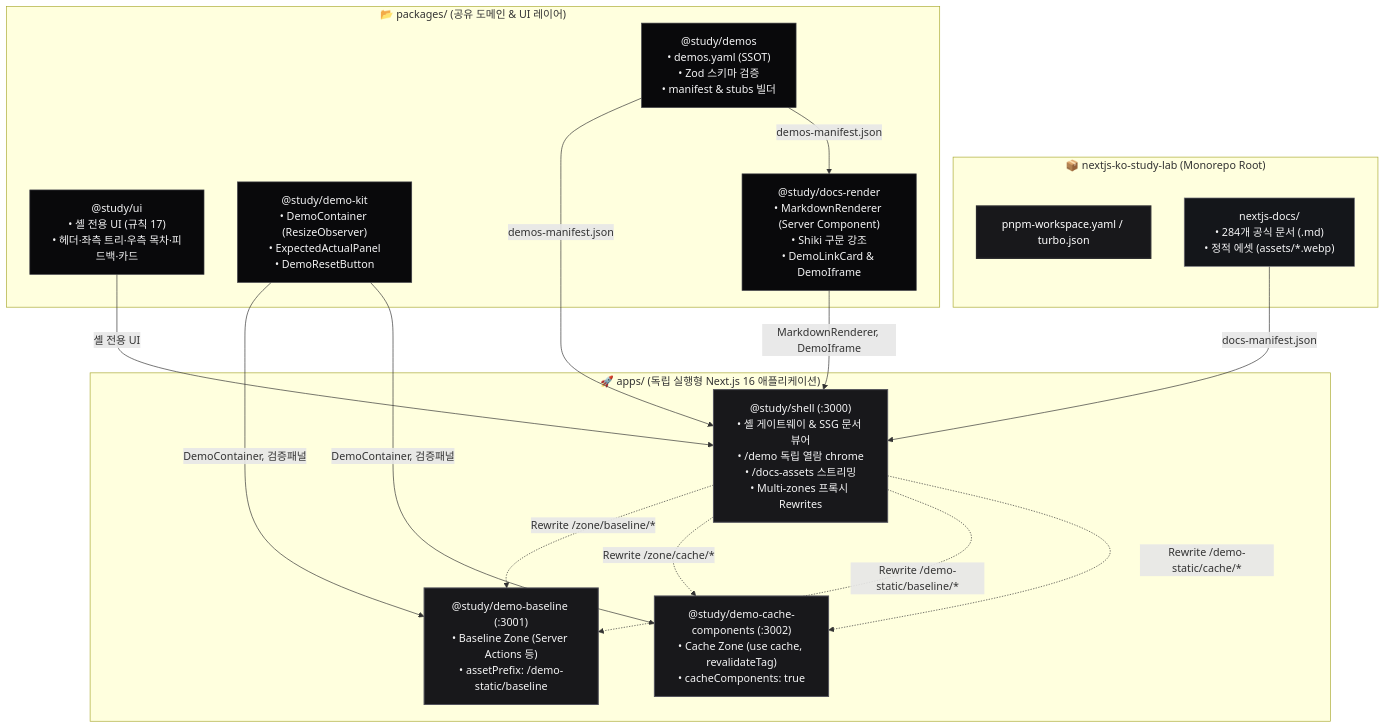
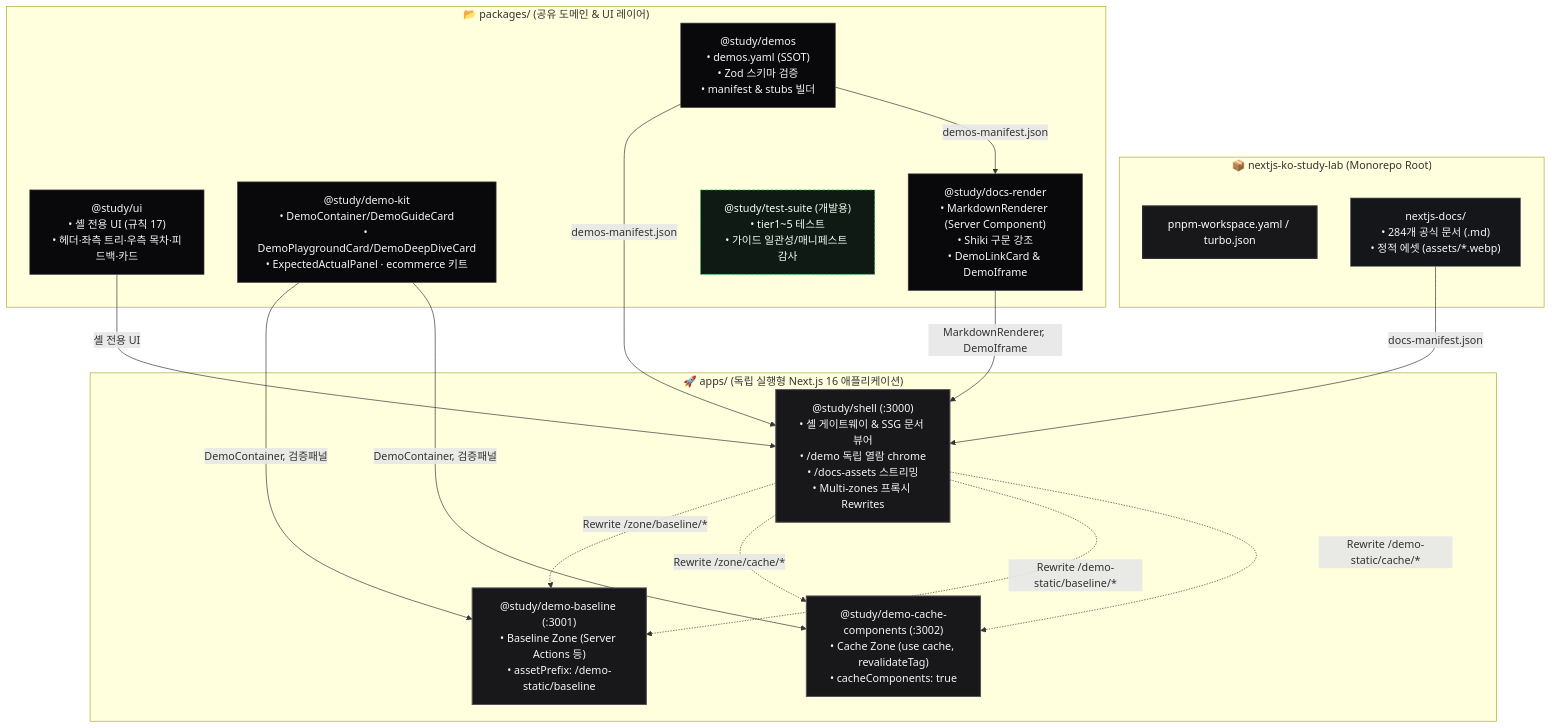
One commit to Junyong34/nextjs-ko-study-lab changed the first of 3 diagrams in nextjs-app/ARCHITECTURE.md. Above: the diagram before and after it, drawn with Mermaid. The commit also changed other lines of this file and 1 other file, not shown here.

First line of the commit message:
[devpark/learning-progress-docs][docs]: ARCHITECTURE.md·07-codebase-deep-dive-guide.md 최신화

````diff
--- a/nextjs-app/ARCHITECTURE.md
+++ b/nextjs-app/ARCHITECTURE.md
@@ -11,40 +11,42 @@
 ```mermaid
 graph TD
     classDef rootStyle fill:#18181b,stroke:#27272a,color:#ffffff,stroke-width:2px;
     classDef pkgStyle fill:#09090b,stroke:#3f3f46,color:#f4f4f5,stroke-width:1px;
     classDef appStyle fill:#18181b,stroke:#52525b,color:#f4f4f5,stroke-width:1.5px;
     classDef docStyle fill:#14161a,stroke:#71717a,color:#f4f4f5,stroke-width:1px;
+    classDef testStyle fill:#0f1a14,stroke:#22c55e,color:#f0fdf4,stroke-width:1px,stroke-dasharray: 4 3;
 
     subgraph RepoRoot ["📦 nextjs-ko-study-lab (Monorepo Root)"]
         Workspace["pnpm-workspace.yaml / turbo.json"]:::rootStyle
         DocsSource["nextjs-docs/<br/>• 284개 공식 문서 (.md)<br/>• 정적 에셋 (assets/*.webp)"]:::docStyle
     end
 
     subgraph Packages ["📂 packages/ (공유 도메인 & UI 레이어)"]
         DemosPkg["@study/demos<br/>• demos.yaml (SSOT)<br/>• Zod 스키마 검증<br/>• manifest & stubs 빌더"]:::pkgStyle
         UIPkg["@study/ui<br/>• 셸 전용 UI (규칙 17)<br/>• 헤더·좌측 트리·우측 목차·피드백·카드"]:::pkgStyle
-        DemoKitPkg["@study/demo-kit<br/>• DemoContainer (ResizeObserver)<br/>• ExpectedActualPanel<br/>• DemoResetButton"]:::pkgStyle
+        DemoKitPkg["@study/demo-kit<br/>• DemoContainer/DemoGuideCard<br/>• DemoPlaygroundCard/DemoDeepDiveCard<br/>• ExpectedActualPanel · ecommerce 키트"]:::pkgStyle
         RenderPkg["@study/docs-render<br/>• MarkdownRenderer (Server Component)<br/>• Shiki 구문 강조<br/>• DemoLinkCard & DemoIframe"]:::pkgStyle
+        TestSuitePkg["@study/test-suite (개발용)<br/>• tier1~5 테스트<br/>• 가이드 일관성/매니페스트 감사"]:::testStyle
     end
 
     subgraph Apps ["🚀 apps/ (독립 실행형 Next.js 16 애플리케이션)"]
         ShellApp["@study/shell (:3000)<br/>• 셸 게이트웨이 & SSG 문서 뷰어<br/>• /demo 독립 열람 chrome<br/>• /docs-assets 스트리밍<br/>• Multi-zones 프록시 Rewrites"]:::appStyle
         DemoBaseline["@study/demo-baseline (:3001)<br/>• Baseline Zone (Server Actions 등)<br/>• assetPrefix: /demo-static/baseline"]:::appStyle
         DemoCache["@study/demo-cache-components (:3002)<br/>• Cache Zone (use cache, revalidateTag)<br/>• cacheComponents: true"]:::appStyle
     end
 
     %% 의존 관계
     DocsSource -->|docs-manifest.json| ShellApp
     DemosPkg -->|demos-manifest.json| ShellApp
     DemosPkg -->|demos-manifest.json| RenderPkg
     DemoKitPkg -->|DemoContainer, 검증패널| DemoBaseline
     DemoKitPkg -->|DemoContainer, 검증패널| DemoCache
     UIPkg -->|셸 전용 UI| ShellApp
     RenderPkg -->|MarkdownRenderer, DemoIframe| ShellApp
 
     %% 런타임 멀티 존 프록시 연결
     ShellApp -.->|Rewrite /zone/baseline/*| DemoBaseline
     ShellApp -.->|Rewrite /zone/cache/*| DemoCache
     ShellApp -.->|Rewrite /demo-static/baseline/*| DemoBaseline
     ShellApp -.->|Rewrite /demo-static/cache/*| DemoCache
 ```
````
